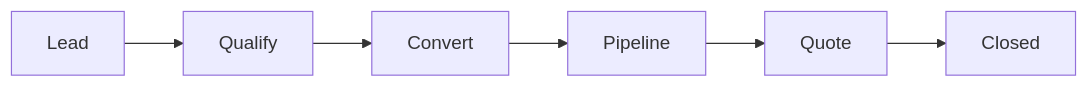
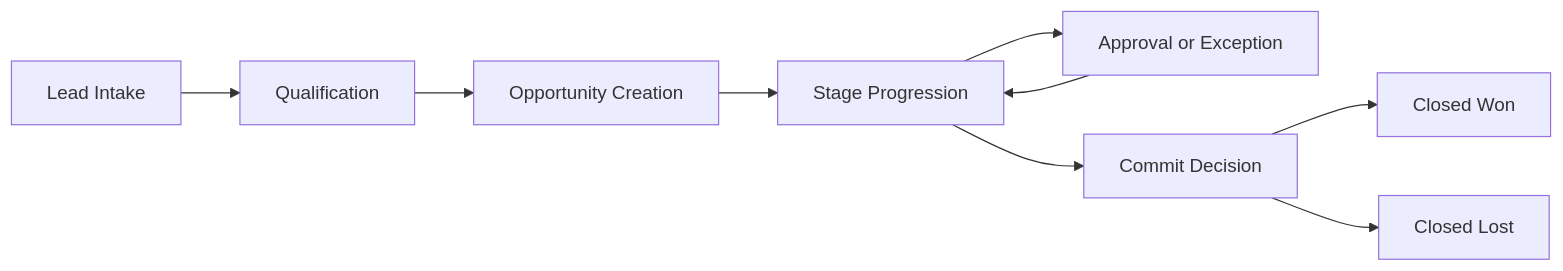
One commit to MichaelTimbes/solution-cookbook changed the diagram in playbooks/sales-crm/diagrams/lifecycle-flow.mmd. Above: the diagram before and after it, drawn with Mermaid. The commit also changed 60 other files, not shown here.

```diff
--- a/playbooks/sales-crm/diagrams/lifecycle-flow.mmd
+++ b/playbooks/sales-crm/diagrams/lifecycle-flow.mmd
@@ -1,9 +1,16 @@
+%% Sales CRM lifecycle flow
+%% Shows progression from lead intake through opportunity outcomes.
 flowchart LR
-    Lead[Lead]
-    Qualify[Qualify]
-    Convert[Convert]
-    Pipeline[Pipeline]
-    Quote[Quote]
-    Close[Closed]
+    Lead[Lead Intake]
+    Qualify[Qualification]
+    Create[Opportunity Creation]
+    Progress[Stage Progression]
+    Approvals[Approval or Exception]
+    Commit[Commit Decision]
+    Won[Closed Won]
+    Lost[Closed Lost]
 
-    Lead --> Qualify --> Convert --> Pipeline --> Quote --> Close
+    Lead --> Qualify --> Create --> Progress --> Commit
+    Progress --> Approvals --> Progress
+    Commit --> Won
+    Commit --> Lost
```
